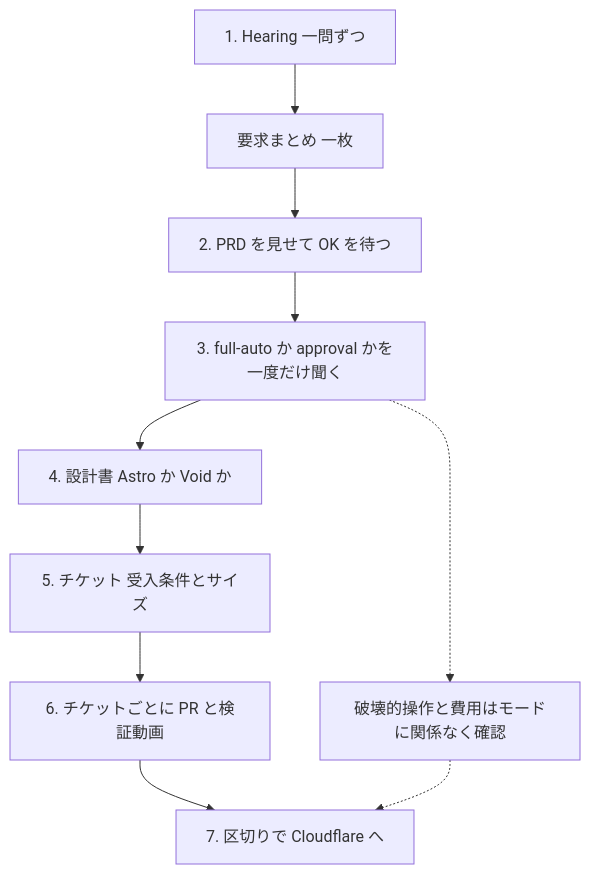
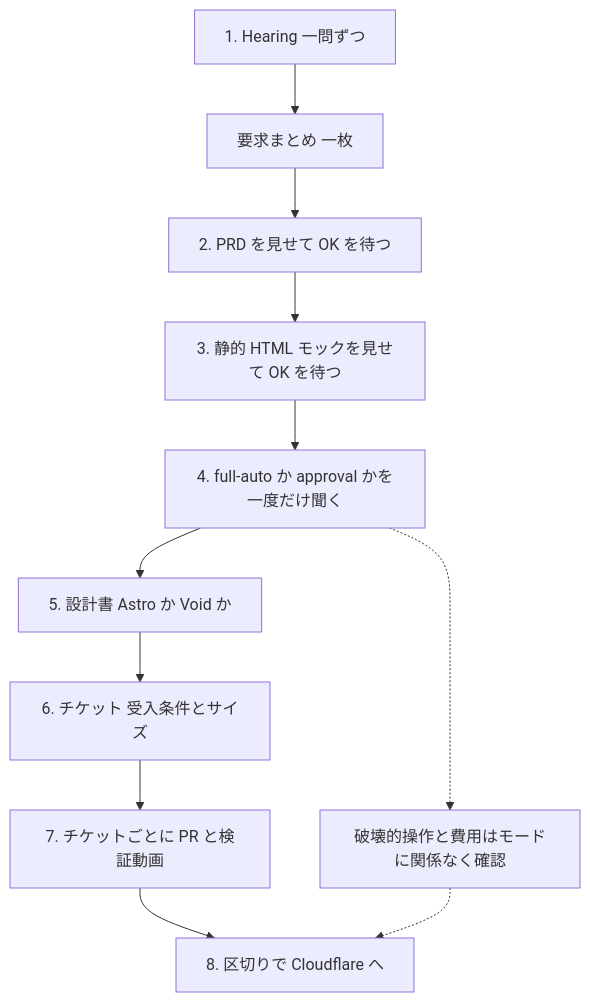
One commit to EringiV3/mamestack changed the diagram in README.md. Above: the diagram before and after it, drawn with Mermaid. The commit also changed other lines of this file and 8 other files, not shown here.

````diff
--- a/README.md
+++ b/README.md
@@ -37,12 +37,13 @@
 ```mermaid
 flowchart TD
   H[1. Hearing 一問ずつ] --> S[要求まとめ 一枚]
   S --> P[2. PRD を見せて OK を待つ]
-  P --> M[3. full-auto か approval かを一度だけ聞く]
-  M --> D[4. 設計書 Astro か Void か]
-  D --> T[5. チケット 受入条件とサイズ]
-  T --> I[6. チケットごとに PR と検証動画]
-  I --> Y[7. 区切りで Cloudflare へ]
+  P --> K[3. 静的 HTML モックを見せて OK を待つ]
+  K --> M[4. full-auto か approval かを一度だけ聞く]
+  M --> D[5. 設計書 Astro か Void か]
+  D --> T[6. チケット 受入条件とサイズ]
+  T --> I[7. チケットごとに PR と検証動画]
+  I --> Y[8. 区切りで Cloudflare へ]
   M -.-> C[破壊的操作と費用はモードに関係なく確認]
   C -.-> Y
 ```
````
